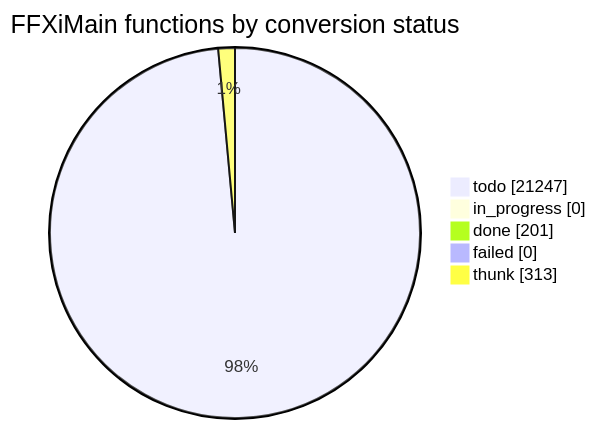
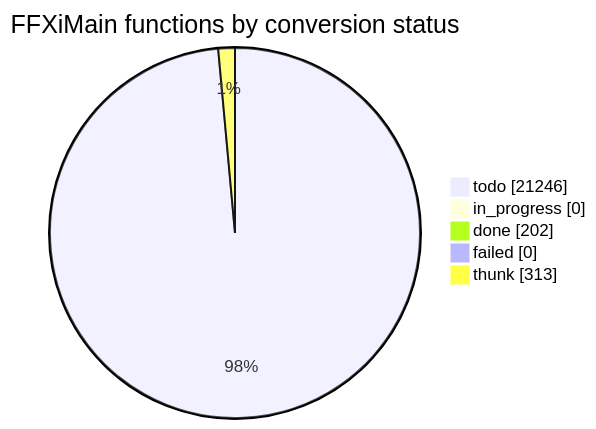
One commit to cowrevenge/cow_kuluu_xi_anything changed the diagram in docs/cow/STATUS.md. Above: the diagram before and after it, drawn with Mermaid. The commit also changed other lines of this file and 9 other files, not shown here.

````diff
--- a/docs/cow/STATUS.md
+++ b/docs/cow/STATUS.md
@@ -18,9 +18,9 @@
 ```mermaid
 pie showData
     title FFXiMain functions by conversion status
-    "todo" : 21247
+    "todo" : 21246
     "in_progress" : 0
-    "done" : 201
+    "done" : 202
     "failed" : 0
     "thunk" : 313
 ```
````
